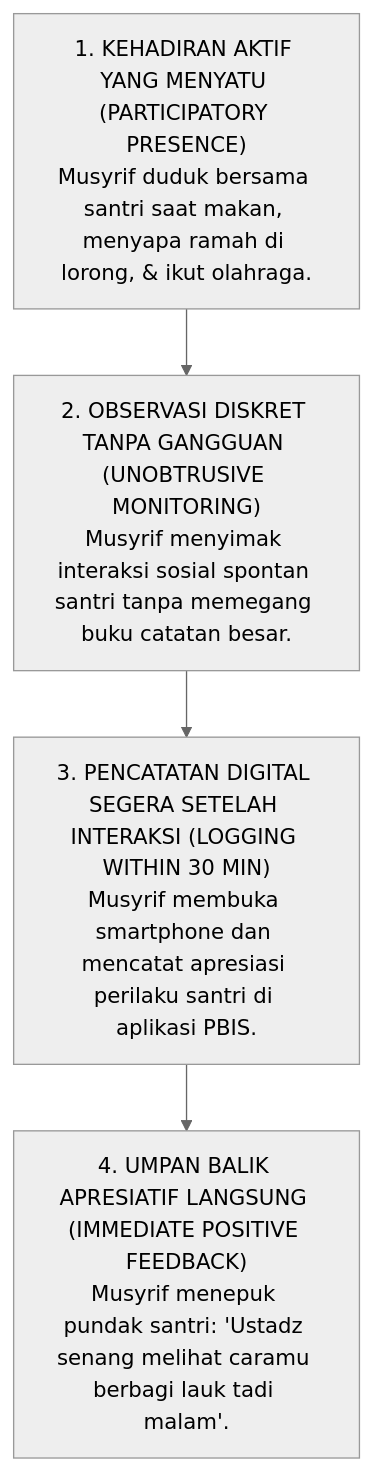
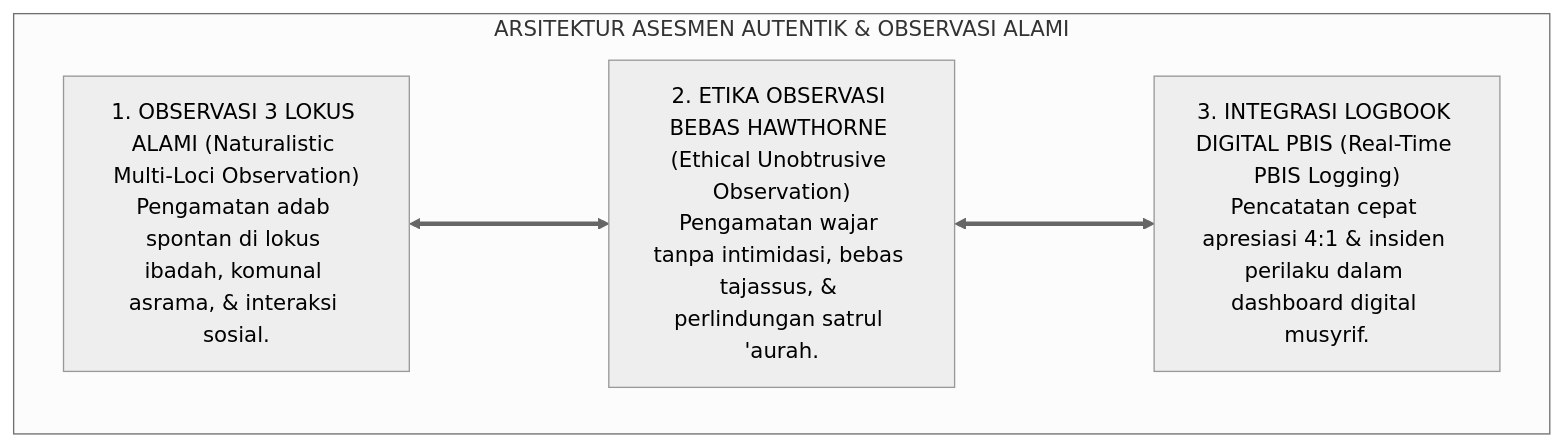
The second of 3 diagrams in 02 Principles/05 Assessment Principles/P2-05-01-Prinsip-Asesmen-Autentik-dan-Observasi-Alami.md (wandiapriliyandi/tumbuh), drawn with Mermaid (neutral theme) before and after one commit. The commit also changed other lines of this file and 6 other files, not shown here.

````diff
--- a/02 Principles/05 Assessment Principles/P2-05-01-Prinsip-Asesmen-Autentik-dan-Observasi-Alami.md
+++ b/02 Principles/05 Assessment Principles/P2-05-01-Prinsip-Asesmen-Autentik-dan-Observasi-Alami.md
@@ -222,12 +118,13 @@
 ```mermaid
 flowchart TD
-    Obs1["1. KEHADIRAN AKTIF YANG MENYATU (PARTICIPATORY PRESENCE)<br/>Musyrif duduk bersama santri saat makan, menyapa ramah di lorong, & ikut olahraga."]
-    
-    Obs2["2. OBSERVASI DISKRET TANPA GANGGUAN (UNOBTRUSIVE MONITORING)<br/>Musyrif menyimak interaksi sosial spontan santri tanpa memegang buku catatan besar."]
-    
-    Obs3["3. PENCATATAN DIGITAL SEGERA SETELAH INTERAKSI (LOGGING WITHIN 30 MIN)<br/>Musyrif membuka smartphone dan mencatat apresiasi perilaku santri di aplikasi PBIS."]
-    
-    Obs4["4. UMPAN BALIK APRESIATIF LANGSUNG (IMMEDIATE POSITIVE FEEDBACK)<br/>Musyrif menepuk pundak santri: 'Ustadz senang melihat caramu berbagi lauk tadi malam'."]
-    
-    Obs1 --> Obs2 --> Obs3 --> Obs4
+    subgraph ArsitekturAsesmenAutentikTUMBUH["ARSITEKTUR ASESMEN AUTENTIK & OBSERVASI ALAMI"]
+        
+        O1_Sayap["1. OBSERVASI 3 LOKUS ALAMI (Naturalistic Multi-Loci Observation)<br/>Pengamatan adab spontan di lokus ibadah, komunal asrama, & interaksi sosial."]
+        
+        O2_Sayap["2. ETIKA OBSERVASI BEBAS HAWTHORNE (Ethical Unobtrusive Observation)<br/>Pengamatan wajar tanpa intimidasi, bebas tajassus, & perlindungan satrul 'aurah."]
+        
+        O3_Sayap["3. INTEGRASI LOGBOOK DIGITAL PBIS (Real-Time PBIS Logging)<br/>Pencatatan cepat apresiasi 4:1 & insiden perilaku dalam dashboard digital musyrif."]
+        
+        O1_Sayap <===> O2_Sayap <===> O3_Sayap
+    end
 ```
````
